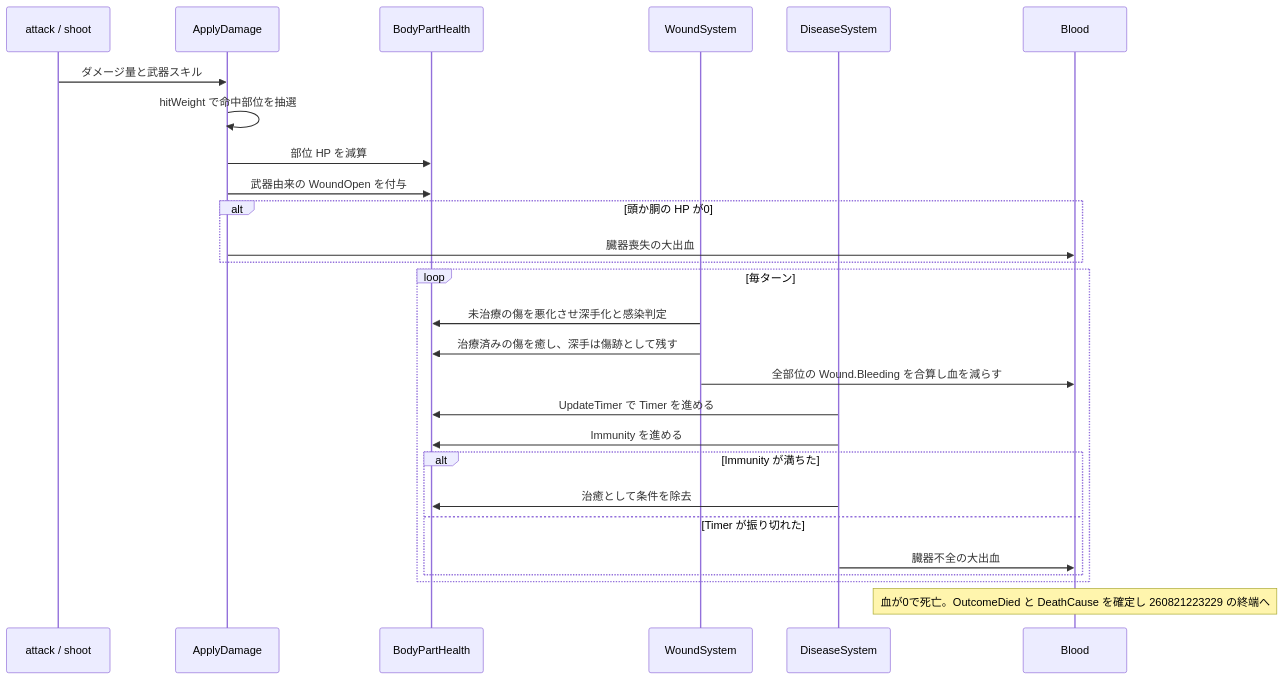
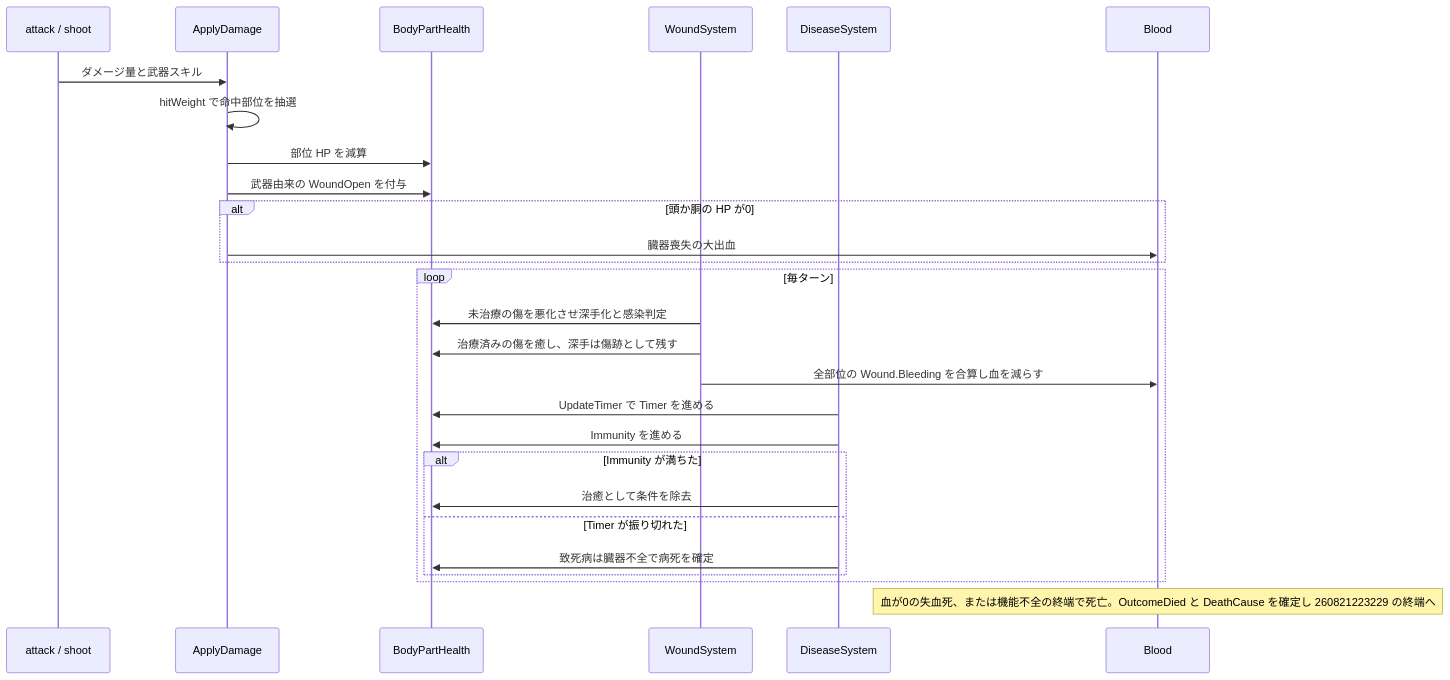
One commit to kijimad/ruins changed the second of 2 diagrams in docs/design/260821232324.md. Above: the diagram before and after it, drawn with Mermaid. The commit also changed other lines of this file and 2 other files, not shown here.

````diff
--- a/docs/design/260821232324.md
+++ b/docs/design/260821232324.md
@@ -127,30 +129,30 @@
 ```mermaid
 sequenceDiagram
     participant AT as attack / shoot
     participant AD as ApplyDamage
     participant BP as BodyPartHealth
     participant WS as WoundSystem
     participant DS as DiseaseSystem
     participant BL as Blood
 
     AT->>AD: ダメージ量と武器スキル
     AD->>AD: hitWeight で命中部位を抽選
     AD->>BP: 部位 HP を減算
     AD->>BP: 武器由来の WoundOpen を付与
     alt 頭か胴の HP が0
         AD->>BL: 臓器喪失の大出血
     end
     loop 毎ターン
         WS->>BP: 未治療の傷を悪化させ深手化と感染判定
         WS->>BP: 治療済みの傷を癒し、深手は傷跡として残す
         WS->>BL: 全部位の Wound.Bleeding を合算し血を減らす
         DS->>BP: UpdateTimer で Timer を進める
         DS->>BP: Immunity を進める
         alt Immunity が満ちた
             DS->>BP: 治癒として条件を除去
         else Timer が振り切れた
-            DS->>BL: 臓器不全の大出血
+            DS->>BP: 致死病は臓器不全で病死を確定
         end
     end
-    Note over BL: 血が0で死亡。OutcomeDied と DeathCause を確定し 260821223229 の終端へ
+    Note over BL: 血が0の失血死、または機能不全の終端で死亡。OutcomeDied と DeathCause を確定し 260821223229 の終端へ
 ```
````
